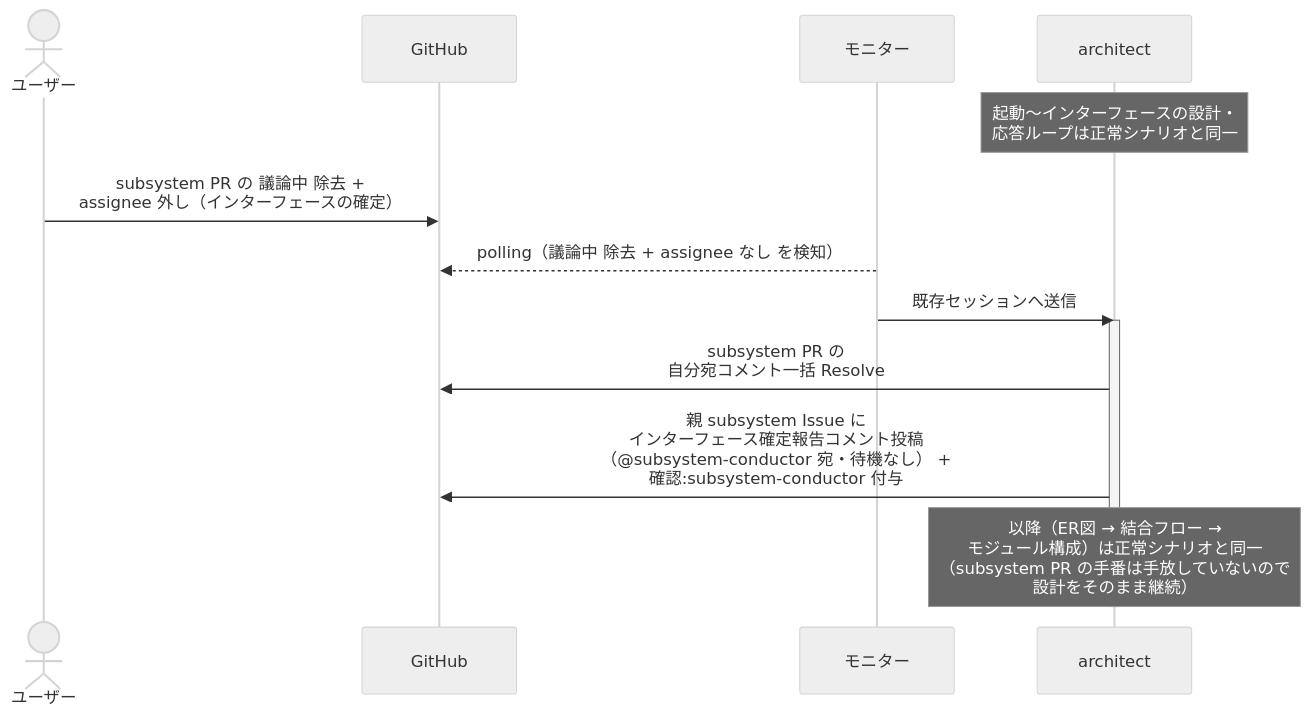
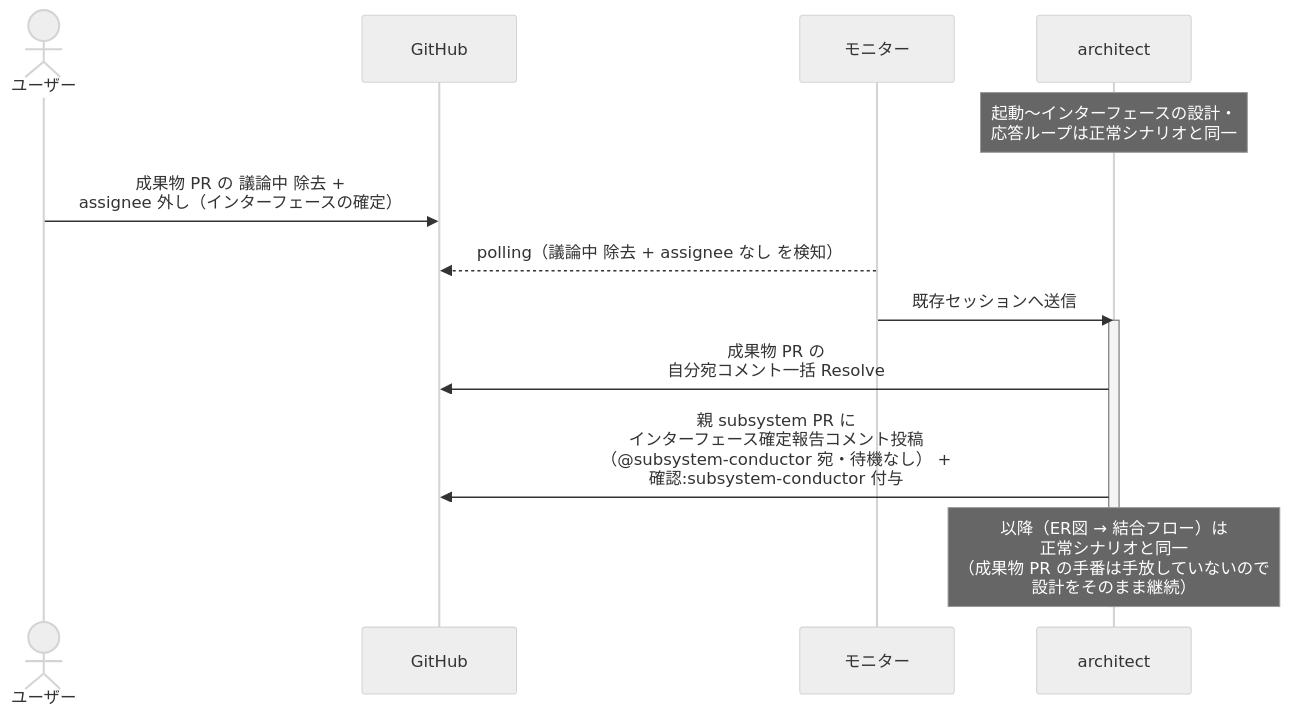
One commit to shuhei1101/ai-monitor changed the second of 7 diagrams in docs/wiki/設計図/シナリオ/単一ユースケース/SS設計.md. Above: the diagram before and after it, drawn with Mermaid (neutral theme). The commit also changed other lines of this file and 256 other files, not shown here.

````diff
--- a/docs/wiki/設計図/シナリオ/単一ユースケース/SS設計.md
+++ b/docs/wiki/設計図/シナリオ/単一ユースケース/SS設計.md
@@ -103,17 +104,17 @@
 ```mermaid
 sequenceDiagram
   actor U as ユーザー
   participant GH as GitHub
   participant ORC as モニター
   participant MON as architect
 
   Note over MON: 起動〜インターフェースの設計・<br>応答ループは正常シナリオと同一
-  U->>GH: subsystem PR の 議論中 除去 +<br>assignee 外し（インターフェースの確定）
+  U->>GH: 成果物 PR の 議論中 除去 +<br>assignee 外し（インターフェースの確定）
   ORC-->>GH: polling（議論中 除去 + assignee なし を検知）
   ORC->>MON: 既存セッションへ送信
   activate MON
-  MON->>GH: subsystem PR の<br>自分宛コメント一括 Resolve
-  MON->>GH: 親 subsystem Issue に<br>インターフェース確定報告コメント投稿<br>（@subsystem-conductor 宛・待機なし） +<br>確認:subsystem-conductor 付与
-  Note over MON: 以降（ER図 → 結合フロー →<br>モジュール構成）は正常シナリオと同一<br>（subsystem PR の手番は手放していないので<br>設計をそのまま継続）
+  MON->>GH: 成果物 PR の<br>自分宛コメント一括 Resolve
+  MON->>GH: 親 subsystem PR に<br>インターフェース確定報告コメント投稿<br>（@subsystem-conductor 宛・待機なし） +<br>確認:subsystem-conductor 付与
+  Note over MON: 以降（ER図 → 結合フロー）は<br>正常シナリオと同一<br>（成果物 PR の手番は手放していないので<br>設計をそのまま継続）
   deactivate MON
 ```
````
